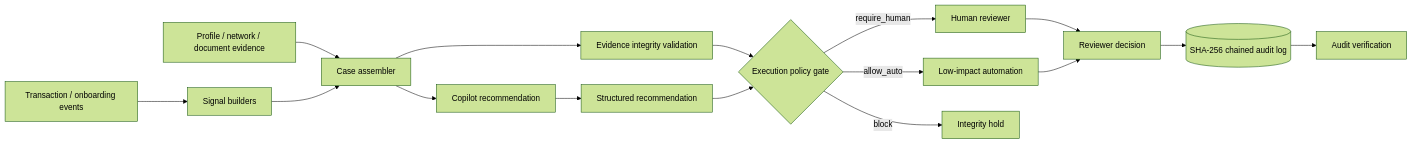
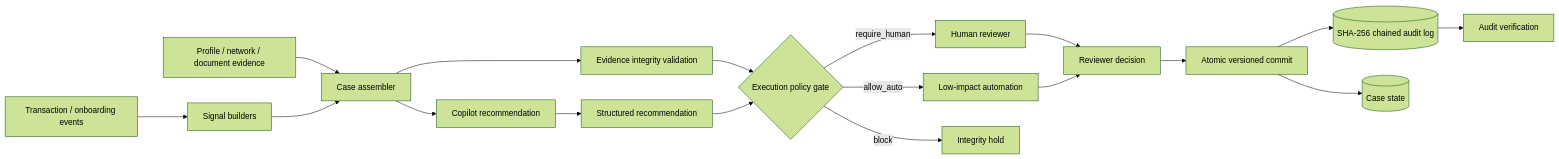
The diagram in README.md (cagataykavas/financial-crime-copilot), drawn with Mermaid (forest theme) before and after one commit. The commit also changed other lines of this file and 8 other files, not shown here.

````diff
--- a/README.md
+++ b/README.md
@@ -11,18 +11,20 @@
 ```mermaid
 flowchart LR
     EVENTS[Transaction / onboarding events] --> SIG[Signal builders]
     EXT[Profile / network / document evidence] --> CASE[Case assembler]
     SIG --> CASE
     CASE --> INTEGRITY[Evidence integrity validation]
     CASE --> COPILOT[Copilot recommendation]
     COPILOT --> REC[Structured recommendation]
     INTEGRITY --> POLICY{Execution policy gate}
     REC --> POLICY
     POLICY -- allow_auto --> AUTO[Low-impact automation]
     POLICY -- require_human --> REVIEW[Human reviewer]
     POLICY -- block --> HOLD[Integrity hold]
     REVIEW --> DECISION[Reviewer decision]
     AUTO --> DECISION
-    DECISION --> AUDIT[(SHA-256 chained audit log)]
+    DECISION --> TX[Atomic versioned commit]
+    TX --> AUDIT[(SHA-256 chained audit log)]
+    TX --> DB[(Case state)]
     AUDIT --> VERIFY[Audit verification]
 ```
````
